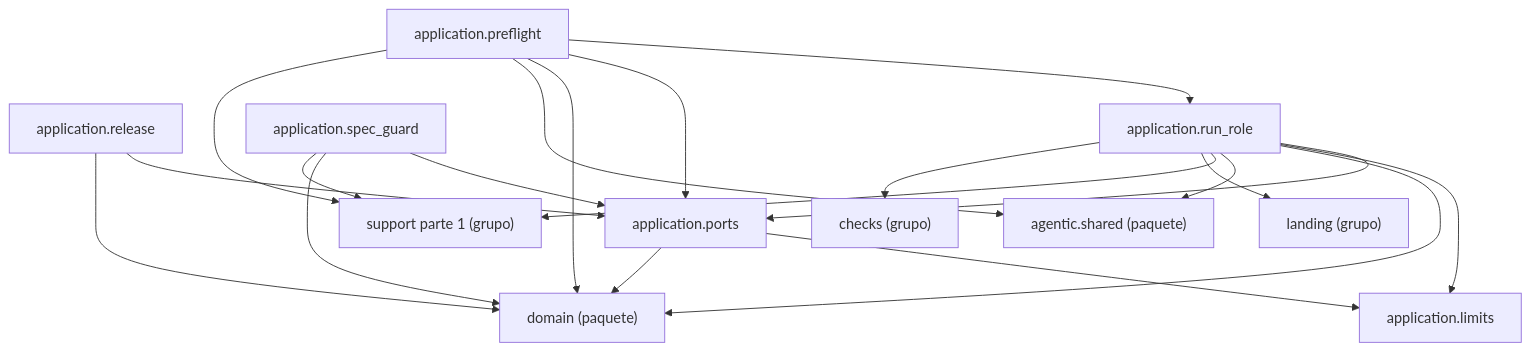
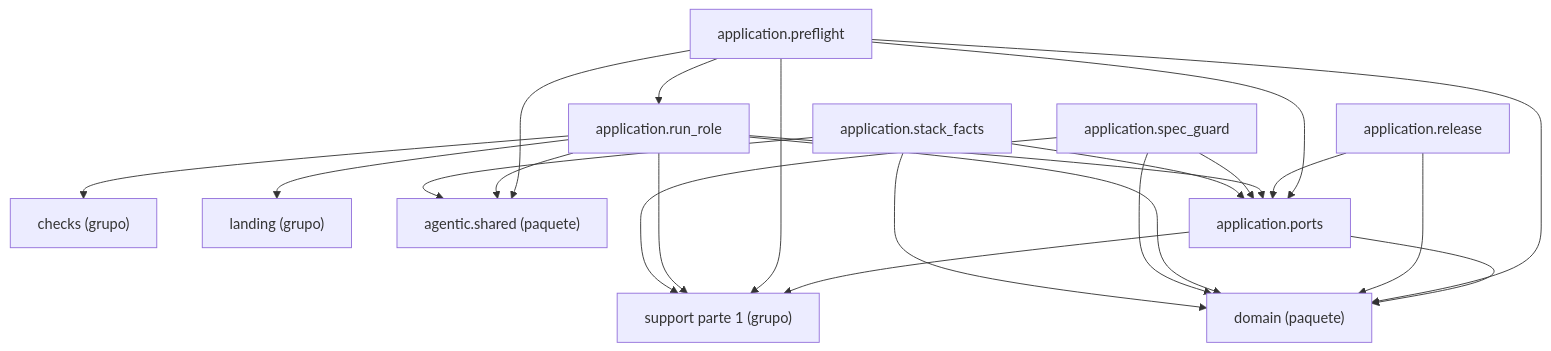
One commit to GonzaloZevallos/agentic-system changed the diagram in docs/architecture/generated/packages-process-application-support-2.md. Above: the diagram before and after it, drawn with Mermaid. The commit also changed 3 other files, not shown here.

Commit message:
Place stack_facts in the docs clusters and regenerate the diagrams

````diff
--- a/docs/architecture/generated/packages-process-application-support-2.md
+++ b/docs/architecture/generated/packages-process-application-support-2.md
@@ -17,33 +17,35 @@
 ```mermaid
 graph TD
     g_application__checks["checks (grupo)"]
     g_application__landing["landing (grupo)"]
     g_application__support__1["support parte 1 (grupo)"]
     g_pkg__agentic__shared["agentic.shared (paquete)"]
     g_pkg__domain["domain (paquete)"]
-    m_application__limits["application.limits"]
     m_application__ports["application.ports"]
     m_application__preflight["application.preflight"]
     m_application__release["application.release"]
     m_application__run_role["application.run_role"]
     m_application__spec_guard["application.spec_guard"]
+    m_application__stack_facts["application.stack_facts"]
+    m_application__ports --> g_application__support__1
     m_application__ports --> g_pkg__domain
-    m_application__ports --> m_application__limits
     m_application__preflight --> g_application__support__1
     m_application__preflight --> g_pkg__agentic__shared
     m_application__preflight --> g_pkg__domain
     m_application__preflight --> m_application__ports
     m_application__preflight --> m_application__run_role
     m_application__release --> g_pkg__domain
     m_application__release --> m_application__ports
     m_application__run_role --> g_application__checks
     m_application__run_role --> g_application__landing
     m_application__run_role --> g_application__support__1
     m_application__run_role --> g_pkg__agentic__shared
     m_application__run_role --> g_pkg__domain
-    m_application__run_role --> m_application__limits
     m_application__run_role --> m_application__ports
     m_application__spec_guard --> g_application__support__1
     m_application__spec_guard --> g_pkg__domain
     m_application__spec_guard --> m_application__ports
+    m_application__stack_facts --> g_pkg__agentic__shared
+    m_application__stack_facts --> g_pkg__domain
+    m_application__stack_facts --> m_application__ports
 ```
````
